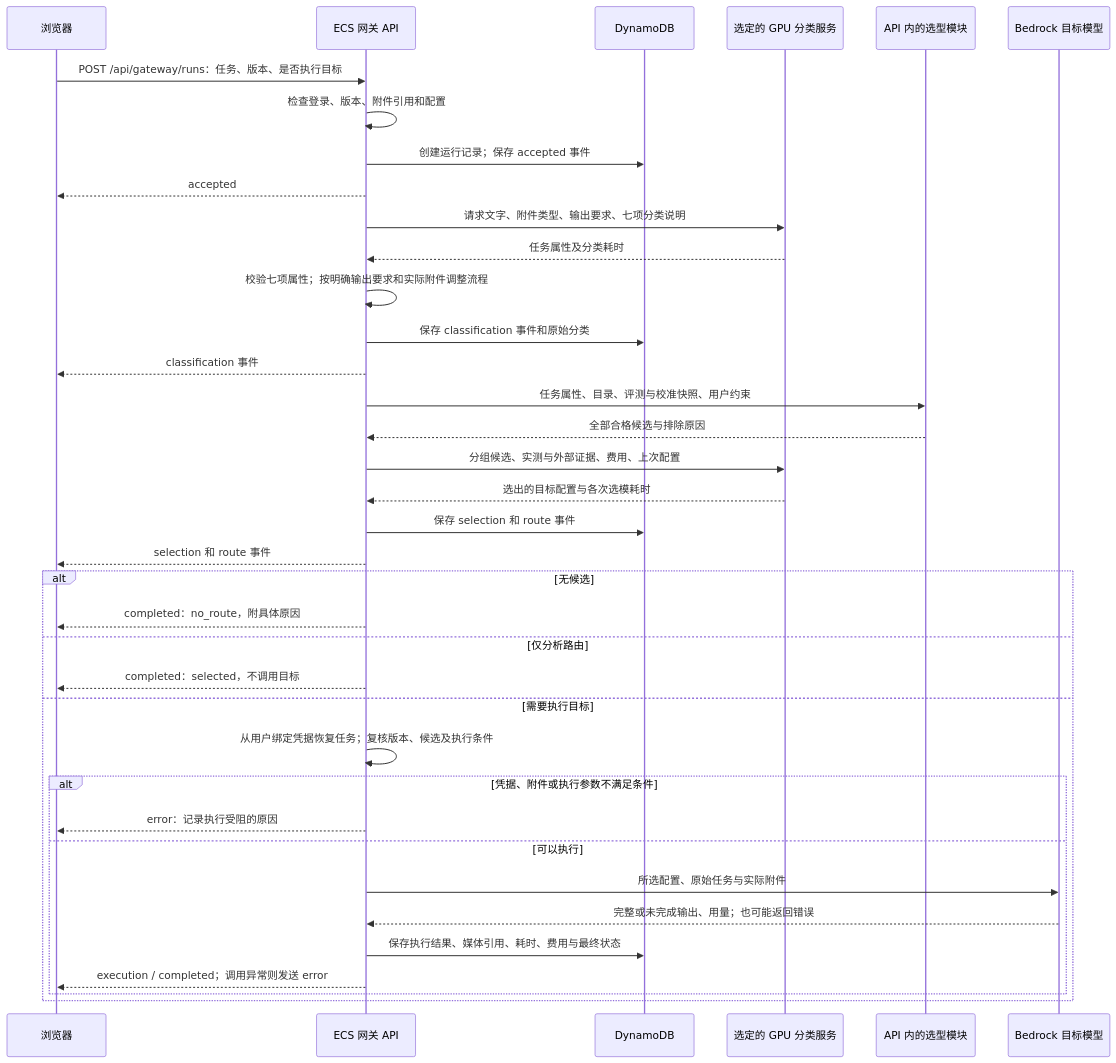
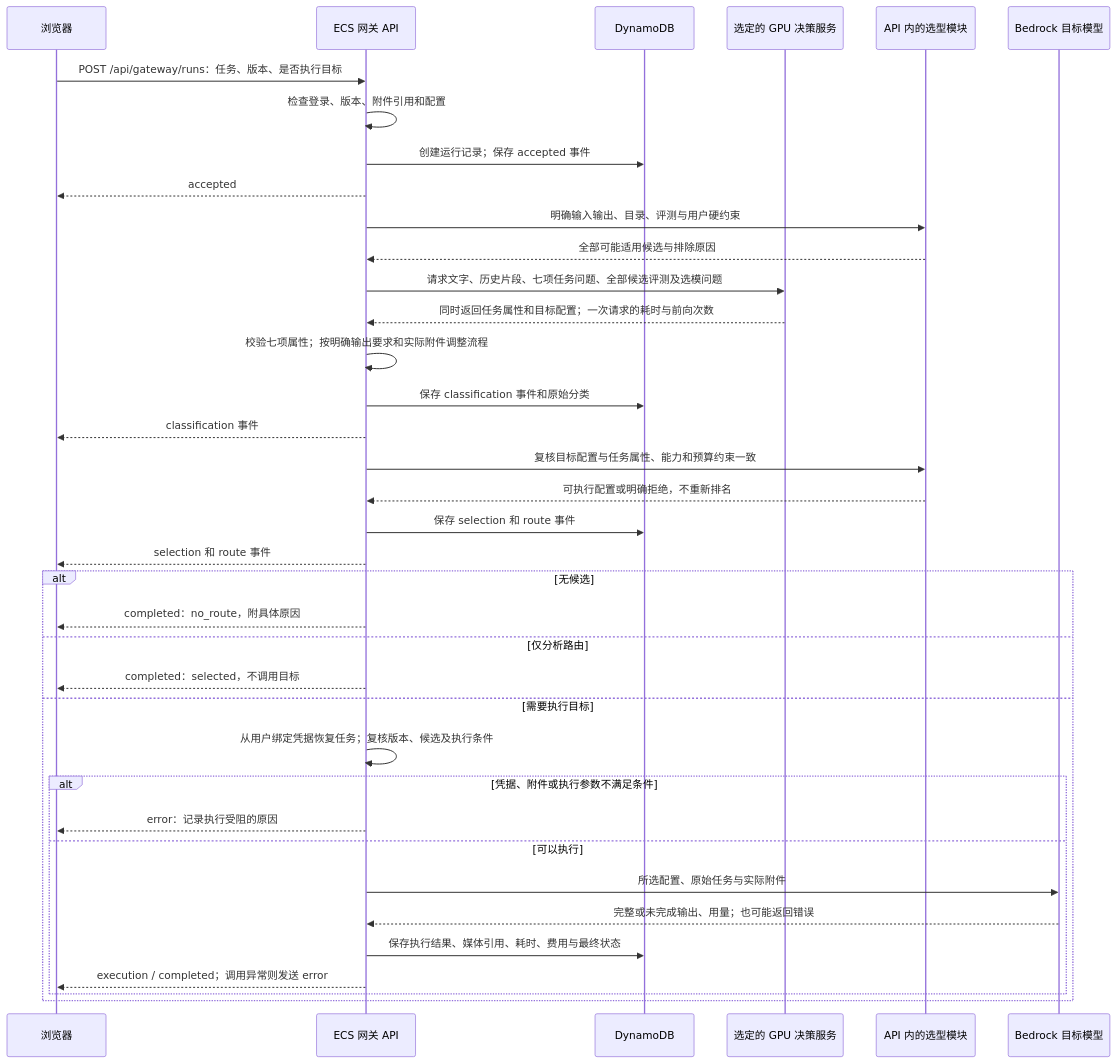
The second of 2 diagrams in docs/INDEPENDENT_SERVICE.zh.md (milan9527/DeciderModelRouter), drawn with Mermaid before and after one commit. The commit also changed other lines of this file and 38 other files, not shown here.

````diff
--- a/docs/INDEPENDENT_SERVICE.zh.md
+++ b/docs/INDEPENDENT_SERVICE.zh.md
@@ -62,39 +62,39 @@
 ```mermaid
 sequenceDiagram
     participant UI as 浏览器
     participant API as ECS 网关 API
     participant DB as DynamoDB
-    participant GPU as 选定的 GPU 分类服务
+    participant GPU as 选定的 GPU 决策服务
     participant SEL as API 内的选型模块
     participant BR as Bedrock 目标模型
     UI->>API: POST /api/gateway/runs：任务、版本、是否执行目标
     API->>API: 检查登录、版本、附件引用和配置
     API->>DB: 创建运行记录；保存 accepted 事件
     API-->>UI: accepted
-    API->>GPU: 请求文字、附件类型、输出要求、七项分类说明
-    GPU-->>API: 任务属性及分类耗时
+    API->>SEL: 明确输入输出、目录、评测与用户硬约束
+    SEL-->>API: 全部可能适用候选与排除原因
+    API->>GPU: 请求文字、历史片段、七项任务问题、全部候选评测及选模问题
+    GPU-->>API: 同时返回任务属性和目标配置；一次请求的耗时与前向次数
     API->>API: 校验七项属性；按明确输出要求和实际附件调整流程
     API->>DB: 保存 classification 事件和原始分类
     API-->>UI: classification 事件
-    API->>SEL: 任务属性、目录、评测与校准快照、用户约束
-    SEL-->>API: 全部合格候选与排除原因
-    API->>GPU: 分组候选、实测与外部证据、费用、上次配置
-    GPU-->>API: 选出的目标配置与各次选模耗时
+    API->>SEL: 复核目标配置与任务属性、能力和预算约束一致
+    SEL-->>API: 可执行配置或明确拒绝，不重新排名
     API->>DB: 保存 selection 和 route 事件
     API-->>UI: selection 和 route 事件
     alt 无候选
         API-->>UI: completed：no_route，附具体原因
     else 仅分析路由
         API-->>UI: completed：selected，不调用目标
     else 需要执行目标
         API->>API: 从用户绑定凭据恢复任务；复核版本、候选及执行条件
         alt 凭据、附件或执行参数不满足条件
             API-->>UI: error：记录执行受阻的原因
         else 可以执行
             API->>BR: 所选配置、原始任务与实际附件
             BR-->>API: 完整或未完成输出、用量；也可能返回错误
             API->>DB: 保存执行结果、媒体引用、耗时、费用与最终状态
             API-->>UI: execution / completed；调用异常则发送 error
         end
     end
 ```
````
